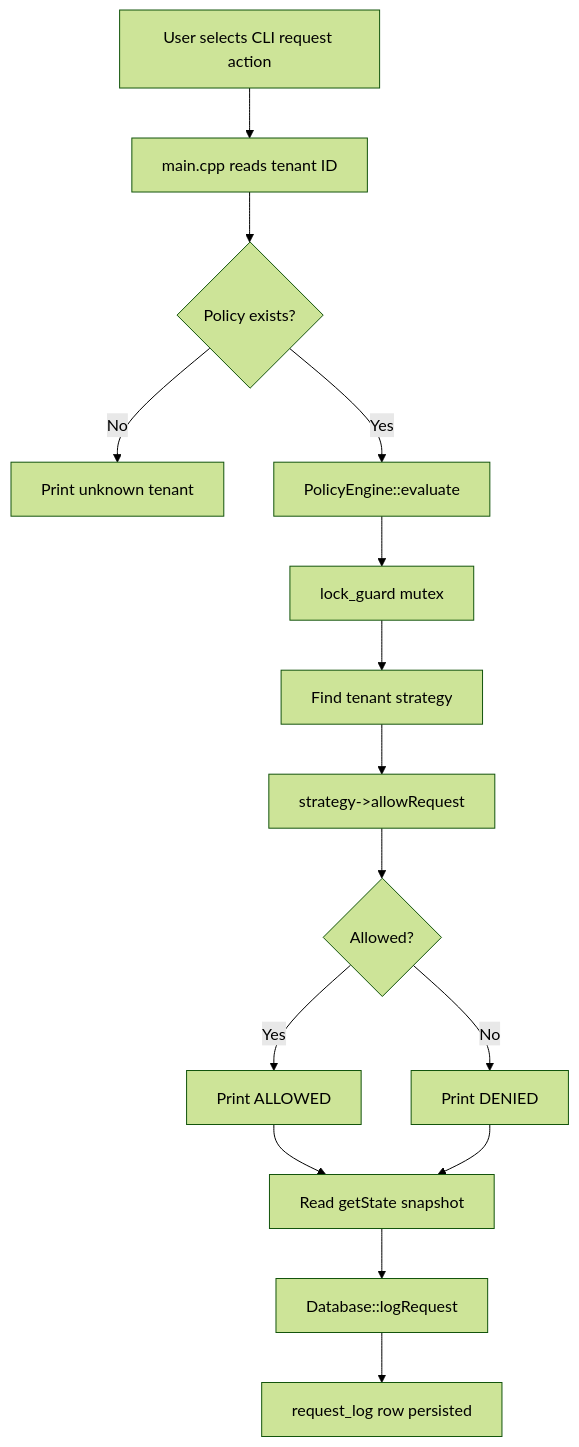
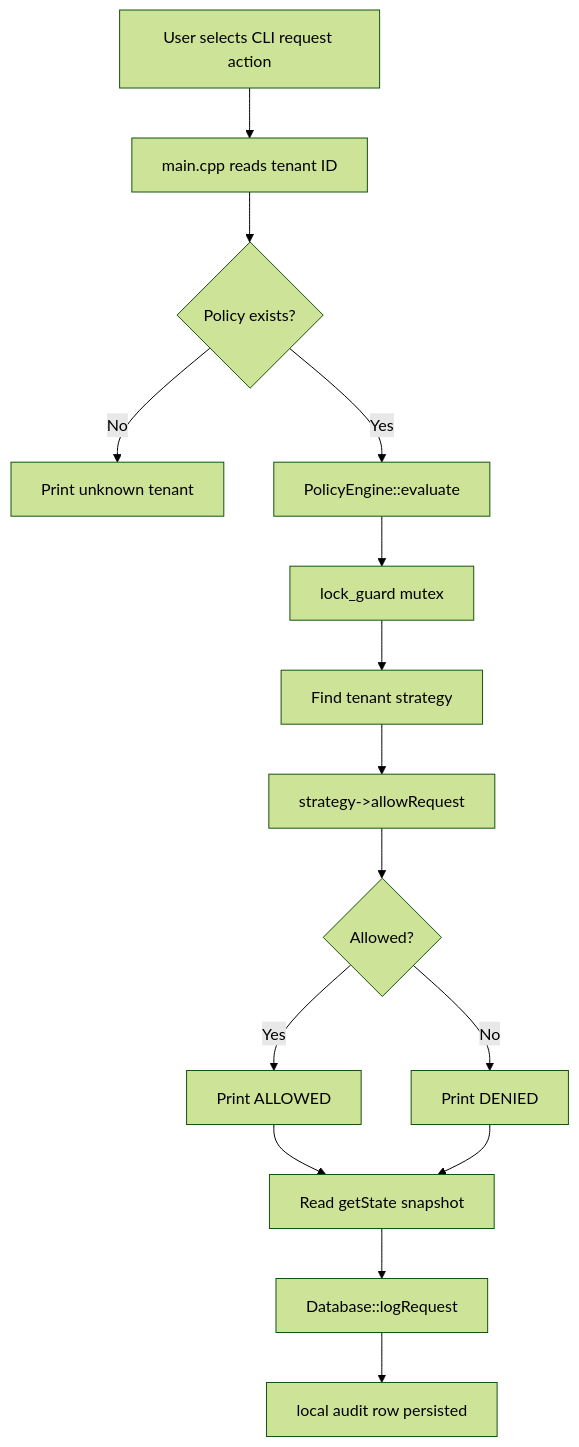
One commit to suryans77/Policy-Driven-Rate-Limiting-Engine changed the first of 2 diagrams in README.md. Above: the diagram before and after it, drawn with Mermaid (forest theme). The commit also changed other lines of this file and 7 other files, not shown here.

````diff
--- a/README.md
+++ b/README.md
@@ -89,17 +89,17 @@
 ```mermaid
 flowchart TD
     A["User selects CLI request action"] --> B["main.cpp reads tenant ID"]
     B --> C{"Policy exists?"}
     C -- "No" --> D["Print unknown tenant"]
     C -- "Yes" --> E["PolicyEngine::evaluate"]
     E --> F["lock_guard mutex"]
     F --> G["Find tenant strategy"]
     G --> H["strategy->allowRequest"]
     H --> I{"Allowed?"}
     I -- "Yes" --> J["Print ALLOWED"]
     I -- "No" --> K["Print DENIED"]
     J --> L["Read getState snapshot"]
     K --> L
     L --> M["Database::logRequest"]
-    M --> N["request_log row persisted"]
+    M --> N["local audit row persisted"]
 ```
````
